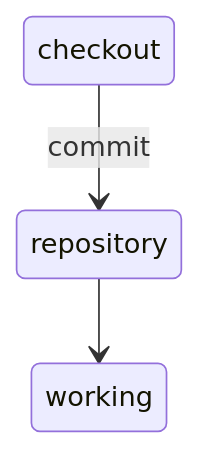
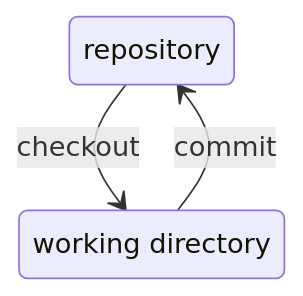
One commit to savvystrider/savvystrider.github.io changed the second of 3 diagrams in docs/what-is-git-architecture.md. Above: the diagram before and after it, drawn with Mermaid.

Commit message:
Modifies mermaid state diagram

````diff
--- a/docs/what-is-git-architecture.md
+++ b/docs/what-is-git-architecture.md
@@ -12,5 +12,7 @@
 ``` mermaid
 stateDiagram-v2
-    repository --> working directory: checkout
-    working directory --> repository: commit
+    s1 : repository
+    s2 : working directory
+    s1 --> s2: checkout
+    s2 --> s1: commit
 ```
````
